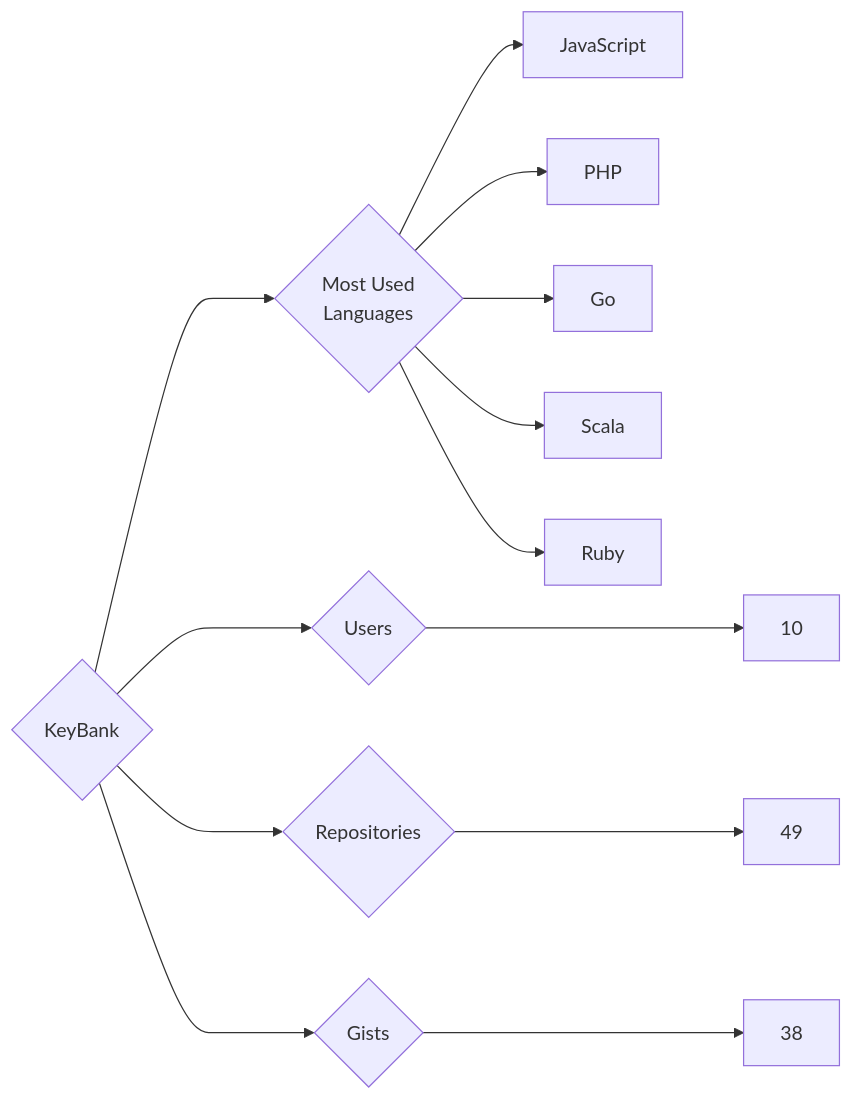
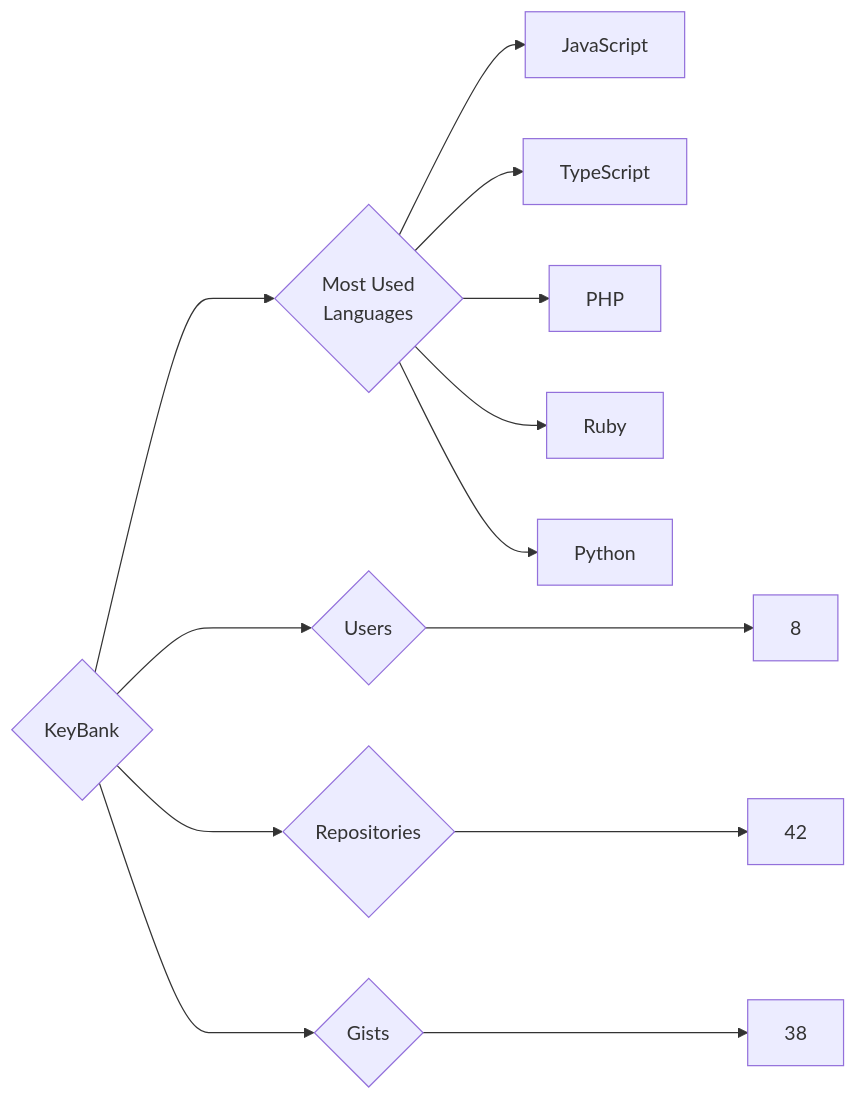
Before and after one commit to trickest/insiders: the diagram in targets/KeyBank/README.md, drawn with Mermaid. The commit also changed 718 other files, not shown here.

````diff
--- a/targets/KeyBank/README.md
+++ b/targets/KeyBank/README.md
@@ -3,13 +3,13 @@
 ```mermaid
 graph LR
 COMPANY_NAME{KeyBank}
-COMPANY_NAME ---> U{Users} ---> UN[10]
-COMPANY_NAME ---> R{Repositories} ---> RN[49]
+COMPANY_NAME ---> U{Users} ---> UN[8]
+COMPANY_NAME ---> R{Repositories} ---> RN[42]
 COMPANY_NAME ---> G{Gists} ---> GN[38]
 COMPANY_NAME ---> ML{Most Used<br>Languages}
 ML --> JavaScript[JavaScript]
+ML --> TypeScript[TypeScript]
 ML --> PHP[PHP]
-ML --> Go[Go]
-ML --> Scala[Scala]
 ML --> Ruby[Ruby]
+ML --> Python[Python]
 ```
````
